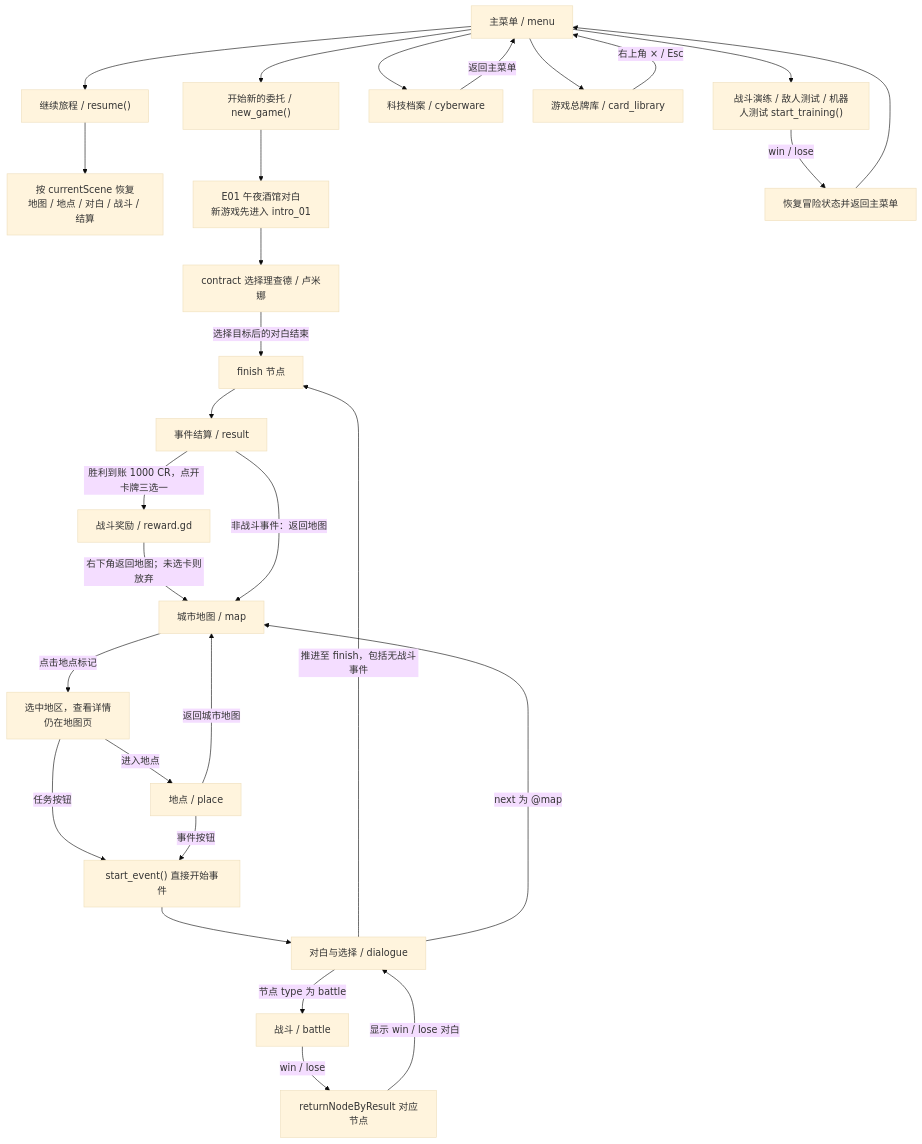
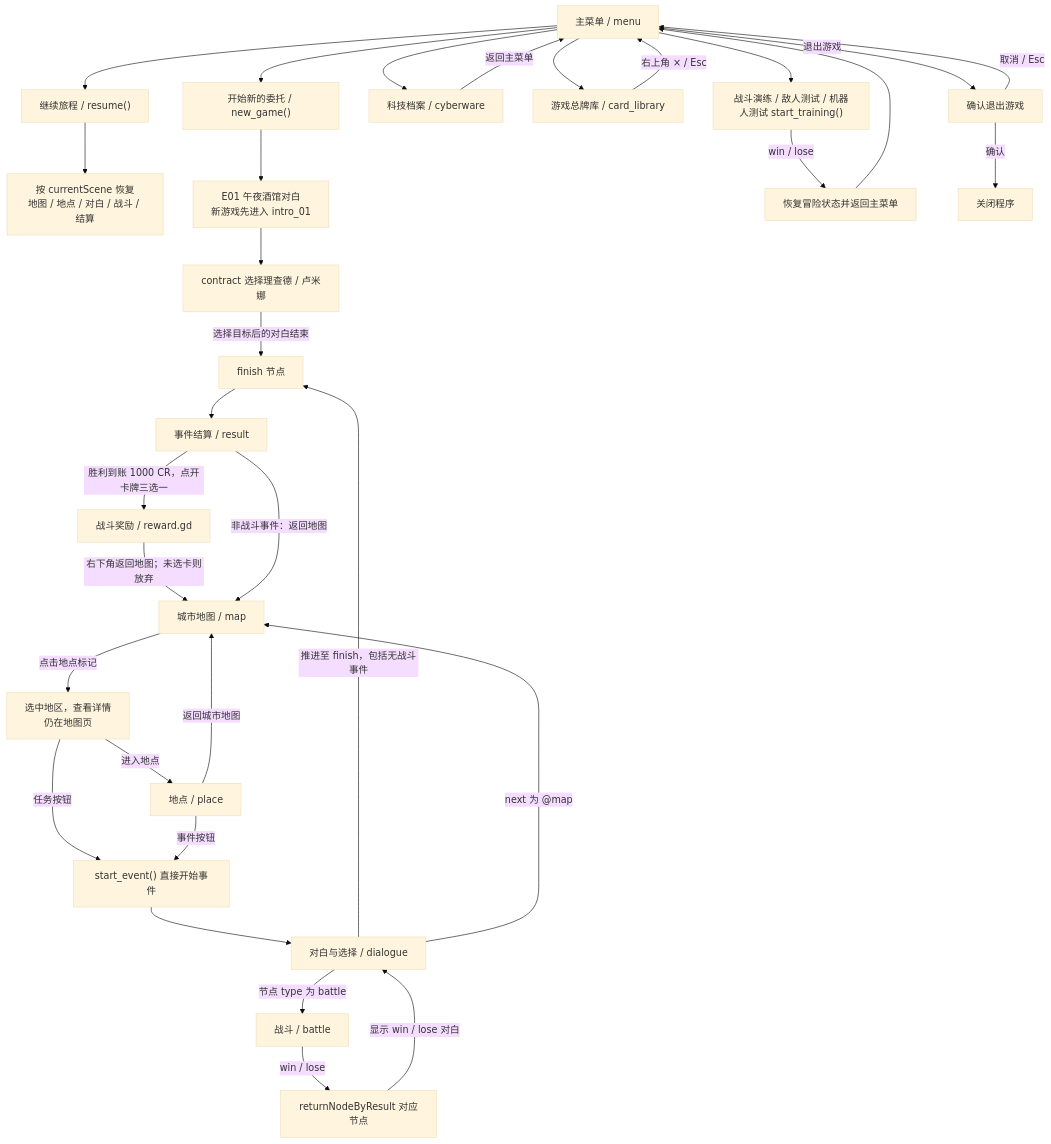
One commit to iris-homework/game-demo changed the diagram in docs/游戏流程与路由.md. Above: the diagram before and after it, drawn with Mermaid (base theme). The commit also changed other lines of this file and 14 other files, not shown here.

````diff
--- a/docs/游戏流程与路由.md
+++ b/docs/游戏流程与路由.md
@@ -43,50 +47,53 @@
 ```mermaid
 flowchart TD
     menu["主菜单 / menu"]
     newgame["开始新的委托 / new_game()"]
     resume["继续旅程 / resume()"]
     restore["按 currentScene 恢复<br/>地图 / 地点 / 对白 / 战斗 / 结算"]
     e01["E01 午夜酒馆对白<br/>新游戏先进入 intro_01"]
     contract["contract 选择理查德 / 卢米娜"]
     map["城市地图 / map"]
     detail["选中地区，查看详情<br/>仍在地图页"]
     place["地点 / place"]
     startEvent["start_event() 直接开始事件"]
     dialogue["对白与选择 / dialogue"]
     battle["战斗 / battle"]
     finishNode["finish 节点"]
     result["事件结算 / result"]
     cyberware["科技档案 / cyberware"]
     library["游戏总牌库 / card_library"]
     training["战斗演练 / 敌人测试 / 机器人测试 start_training()"]
     trainEnd["恢复冒险状态并返回主菜单"]
 
     menu --> newgame
     menu --> resume
+    menu -->|"退出游戏"| quitConfirm["确认退出游戏"]
+    quitConfirm -->|"确认"| quit["关闭程序"]
+    quitConfirm -->|"取消 / Esc"| menu
     menu --> cyberware
     menu --> library
     library -->|"右上角 × / Esc"| menu
     menu --> training
     newgame --> e01
     resume --> restore
     e01 --> contract
     contract -->|"选择目标后的对白结束"| finishNode
     map -->|"点击地点标记"| detail
     detail -->|"进入地点"| place
     detail -->|"任务按钮"| startEvent
     place -->|"事件按钮"| startEvent
     place -->|"返回城市地图"| map
     startEvent --> dialogue
     dialogue -->|"节点 type 为 battle"| battle
     dialogue -->|"推进至 finish，包括无战斗事件"| finishNode
     dialogue -->|"next 为 @map"| map
     battle -->|"win / lose"| ret["returnNodeByResult 对应节点"]
     ret -->|"显示 win / lose 对白"| dialogue
     finishNode --> result
     result -->|"胜利到账 1000 CR，点开卡牌三选一"| choice["战斗奖励 / reward.gd"]
     choice -->|"右下角返回地图；未选卡则放弃"| map
     result -->|"非战斗事件：返回地图"| map
     training -->|"win / lose"| trainEnd
     trainEnd --> menu
     cyberware -->|"返回主菜单"| menu
 ```
````
